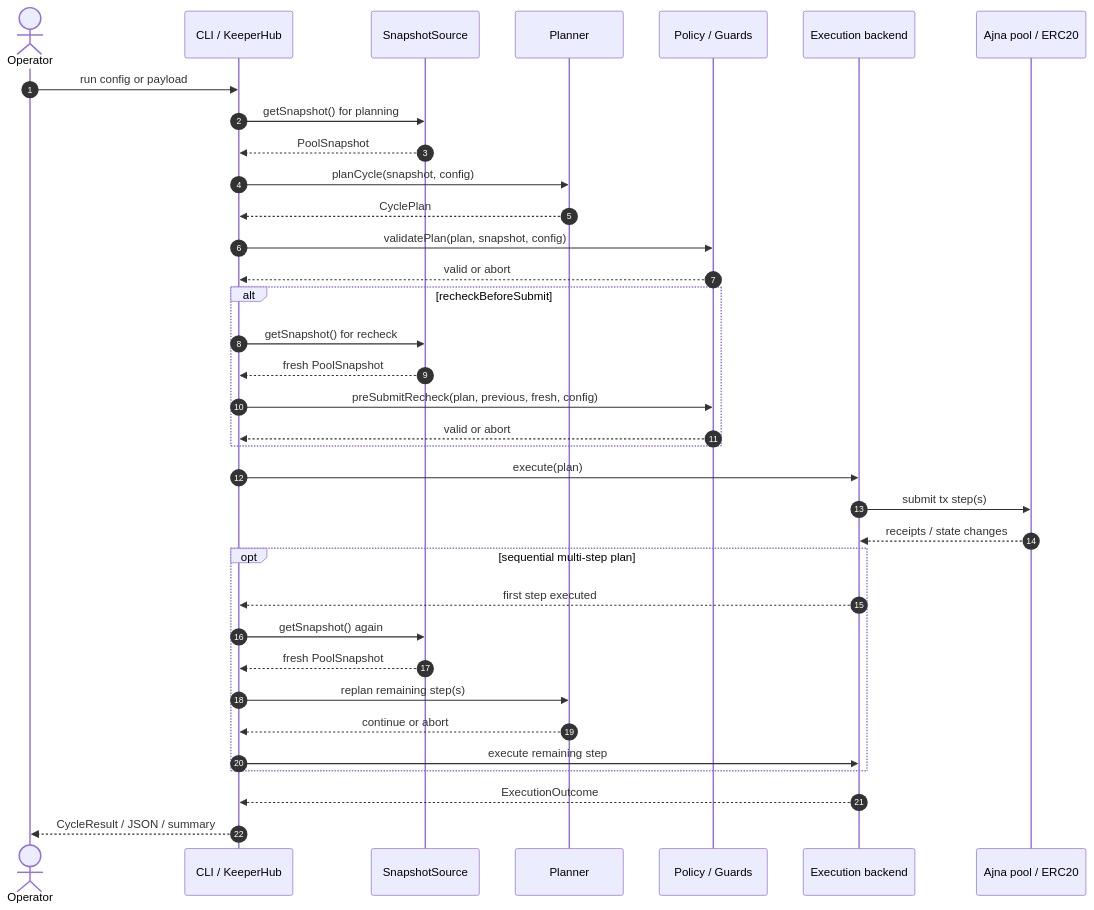
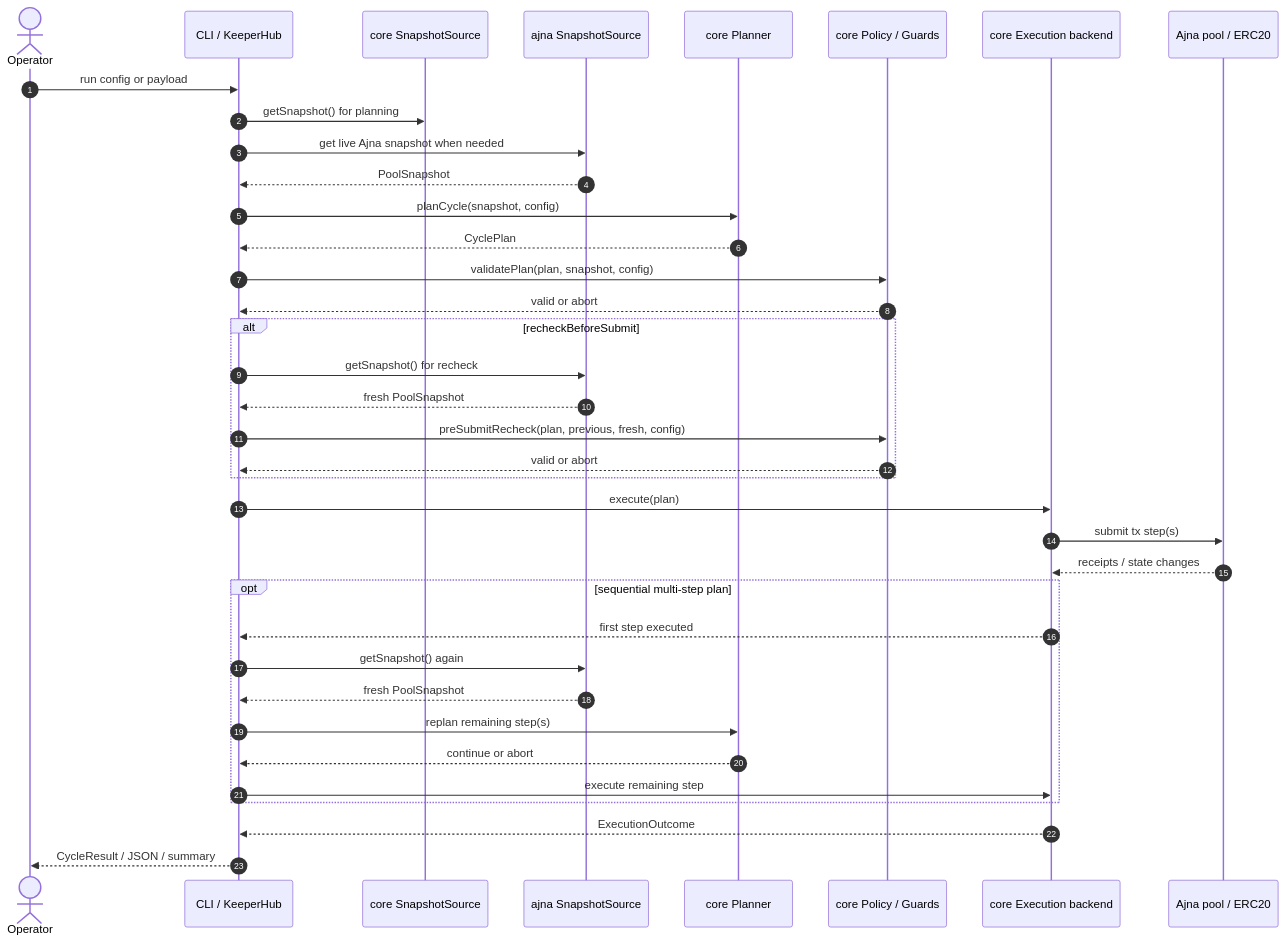
One commit to MikeHathaway/interest-rate-keeper changed the third of 3 diagrams in DESIGN.md. Above: the diagram before and after it, drawn with Mermaid. The commit also changed other lines of this file and 8 other files, not shown here.

````diff
--- a/DESIGN.md
+++ b/DESIGN.md
@@ -387,42 +390,44 @@
 ```mermaid
 sequenceDiagram
   autonumber
   actor O as Operator
   participant E as CLI / KeeperHub
-  participant S as SnapshotSource
-  participant P as Planner
-  participant G as Policy / Guards
-  participant X as Execution backend
+  participant CS as core SnapshotSource
+  participant AS as ajna SnapshotSource
+  participant P as core Planner
+  participant G as core Policy / Guards
+  participant X as core Execution backend
   participant A as Ajna pool / ERC20
 
   O->>E: run config or payload
-  E->>S: getSnapshot() for planning
-  S-->>E: PoolSnapshot
+  E->>CS: getSnapshot() for planning
+  E->>AS: get live Ajna snapshot when needed
+  AS-->>E: PoolSnapshot
   E->>P: planCycle(snapshot, config)
   P-->>E: CyclePlan
   E->>G: validatePlan(plan, snapshot, config)
   G-->>E: valid or abort
 
   alt recheckBeforeSubmit
-    E->>S: getSnapshot() for recheck
-    S-->>E: fresh PoolSnapshot
+    E->>AS: getSnapshot() for recheck
+    AS-->>E: fresh PoolSnapshot
     E->>G: preSubmitRecheck(plan, previous, fresh, config)
     G-->>E: valid or abort
   end
 
   E->>X: execute(plan)
   X->>A: submit tx step(s)
   A-->>X: receipts / state changes
 
   opt sequential multi-step plan
     X-->>E: first step executed
-    E->>S: getSnapshot() again
-    S-->>E: fresh PoolSnapshot
+    E->>AS: getSnapshot() again
+    AS-->>E: fresh PoolSnapshot
     E->>P: replan remaining step(s)
     P-->>E: continue or abort
     E->>X: execute remaining step
   end
 
   X-->>E: ExecutionOutcome
   E-->>O: CycleResult / JSON / summary
 ```
````
